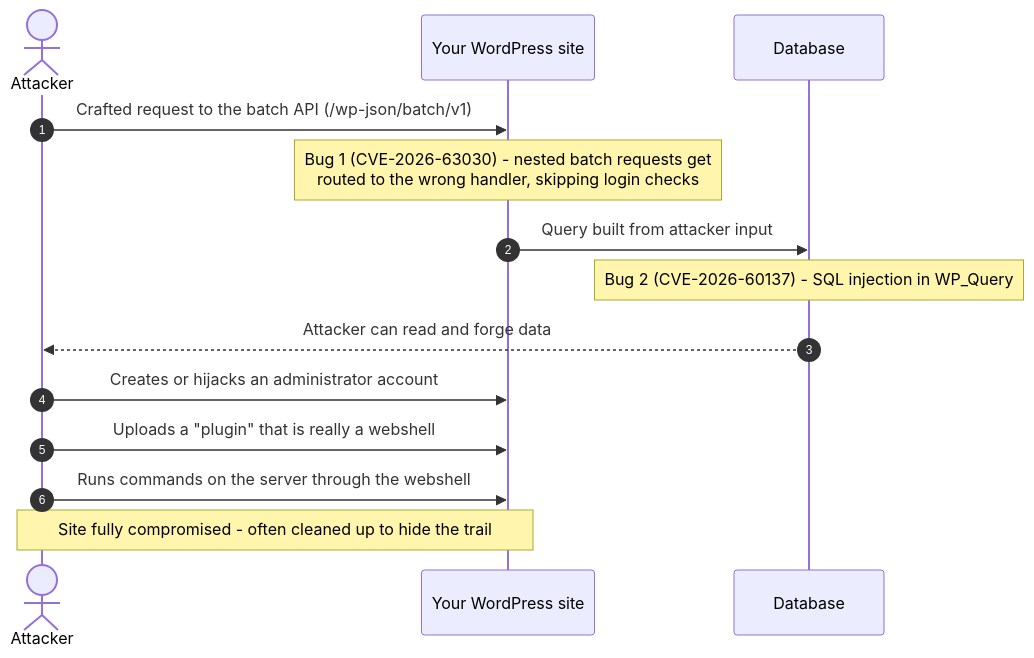
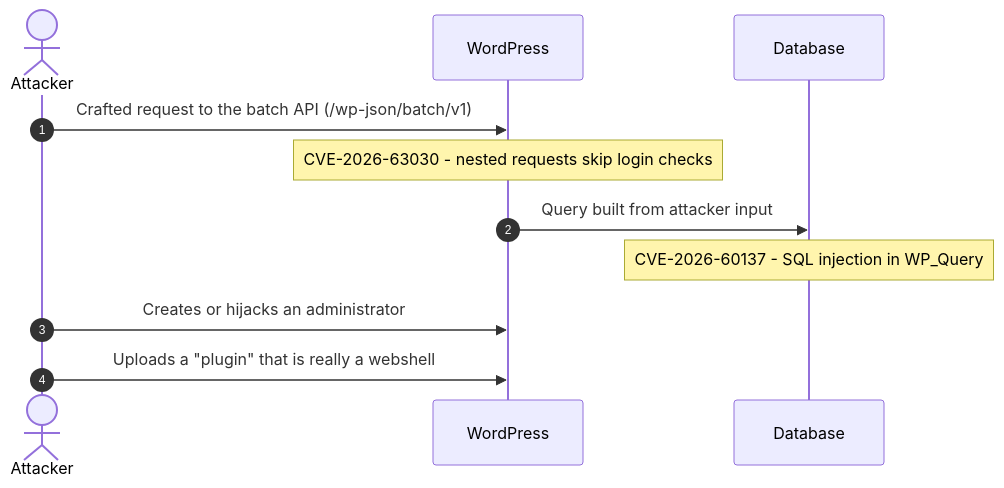
Before and after one commit to CptNope/JAT-Shell-Scanner: the second of 14 diagrams in README.md, drawn with Mermaid. The commit also changed other lines of this file and 20 other files, not shown here.

````diff
--- a/README.md
+++ b/README.md
@@ -58,16 +96,13 @@
 ```mermaid
 sequenceDiagram
     autonumber
     actor A as Attacker
-    participant W as Your WordPress site
+    participant W as WordPress
     participant D as Database
     A->>W: Crafted request to the batch API (/wp-json/batch/v1)
-    Note over W: Bug 1 (CVE-2026-63030) - nested batch requests get<br/>routed to the wrong handler, skipping login checks
+    Note over W: CVE-2026-63030 - nested requests skip login checks
     W->>D: Query built from attacker input
-    Note over D: Bug 2 (CVE-2026-60137) - SQL injection in WP_Query
-    D-->>A: Attacker can read and forge data
-    A->>W: Creates or hijacks an administrator account
+    Note over D: CVE-2026-60137 - SQL injection in WP_Query
+    A->>W: Creates or hijacks an administrator
     A->>W: Uploads a "plugin" that is really a webshell
-    A->>W: Runs commands on the server through the webshell
-    Note over A,W: Site fully compromised - often cleaned up to hide the trail
 ```
````
